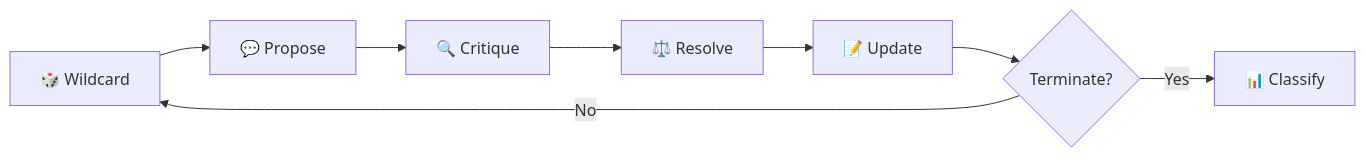
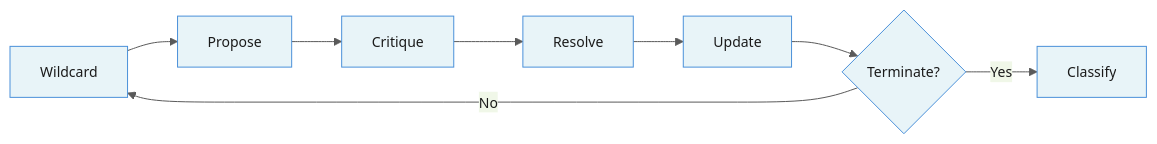
One commit to georgosgeorgos/minimal-agora changed the first of 6 diagrams in README.md. Above: the diagram before and after it, drawn with Mermaid. The commit also changed other lines of this file and 1 other file, not shown here.

First line of the commit message:
Improve Mermaid diagram readability: light theme, clean labels

````diff
--- a/README.md
+++ b/README.md
@@ -35,10 +35,11 @@
 ```mermaid
+%%{init: {'theme': 'base', 'themeVariables': {'primaryColor': '#e8f4f8', 'primaryTextColor': '#1a1a1a', 'primaryBorderColor': '#4a90d9', 'lineColor': '#5a5a5a', 'secondaryColor': '#f0f7e8', 'tertiaryColor': '#fff5e6', 'fontSize': '14px'}}}%%
 flowchart LR
-    W["🎲 Wildcard"] --> P["💬 Propose"]
-    P --> C["🔍 Critique"]
-    C --> R["⚖️ Resolve"]
-    R --> U["📝 Update"]
+    W["Wildcard"] --> P["Propose"]
+    P --> C["Critique"]
+    C --> R["Resolve"]
+    R --> U["Update"]
     U --> T{Terminate?}
     T -->|No| W
-    T -->|Yes| E["📊 Classify"]
+    T -->|Yes| E["Classify"]
 ```
````
